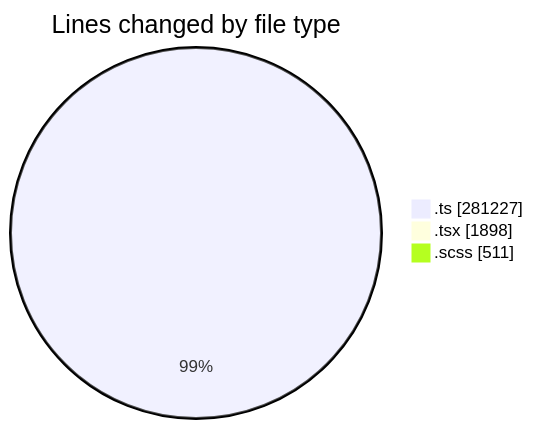
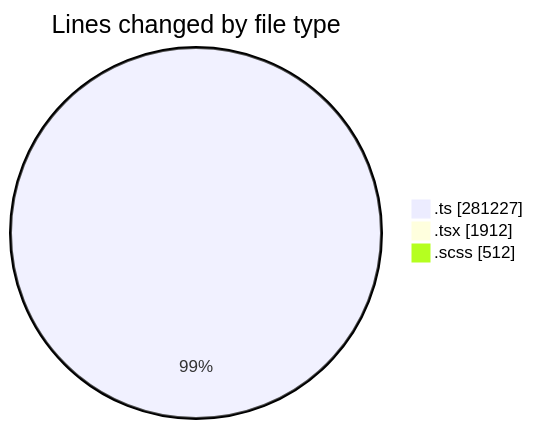
The first of 2 diagrams in 2025-08-22/cda/README.md (momahboobian/code-tracking), drawn with Mermaid before and after one commit. The commit also changed other lines of this file and 1 other file, not shown here.

````diff
--- a/2025-08-22/cda/README.md
+++ b/2025-08-22/cda/README.md
@@ -41,7 +41,7 @@
 ```mermaid
 pie showData
 title Lines changed by file type
 ".ts" : 281227
-".tsx" : 1898
-".scss" : 511
+".tsx" : 1912
+".scss" : 512
 ```
````
